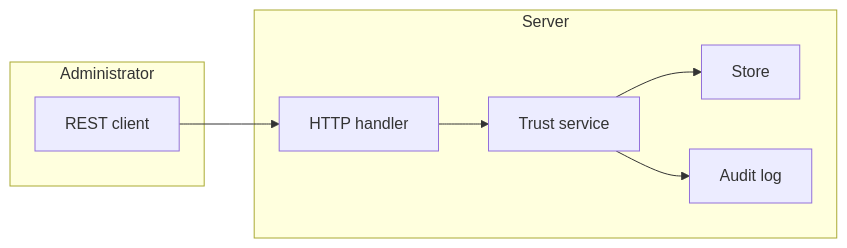
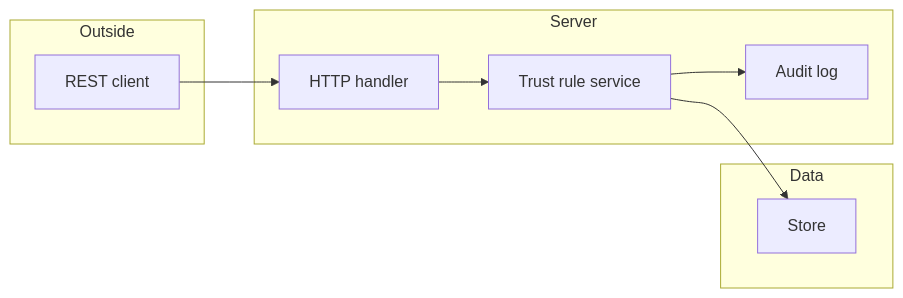
One commit to OpenDustpan/OpenDustpan changed the fourth of 4 diagrams in openspec/changes/mtls-trust-bundle-rules/design.md. Above: the diagram before and after it, drawn with Mermaid. The commit also changed other lines of this file and 12 other files, not shown here.

````diff
--- a/openspec/changes/mtls-trust-bundle-rules/design.md
+++ b/openspec/changes/mtls-trust-bundle-rules/design.md
@@ -69,11 +83,15 @@
 ```mermaid
 flowchart LR
- subgraph client[Administrator]
+ subgraph Outside
  A[REST client]
  end
- subgraph server[Server]
- H[HTTP handler] --> S[Trust service] --> P[Store]
+ subgraph Server
+ H[HTTP handler] --> S[Trust rule service]
  S --> L[Audit log]
  end
+ subgraph Data
+ P[Store]
+ end
  A --> H
+ S --> P
 ```
````
